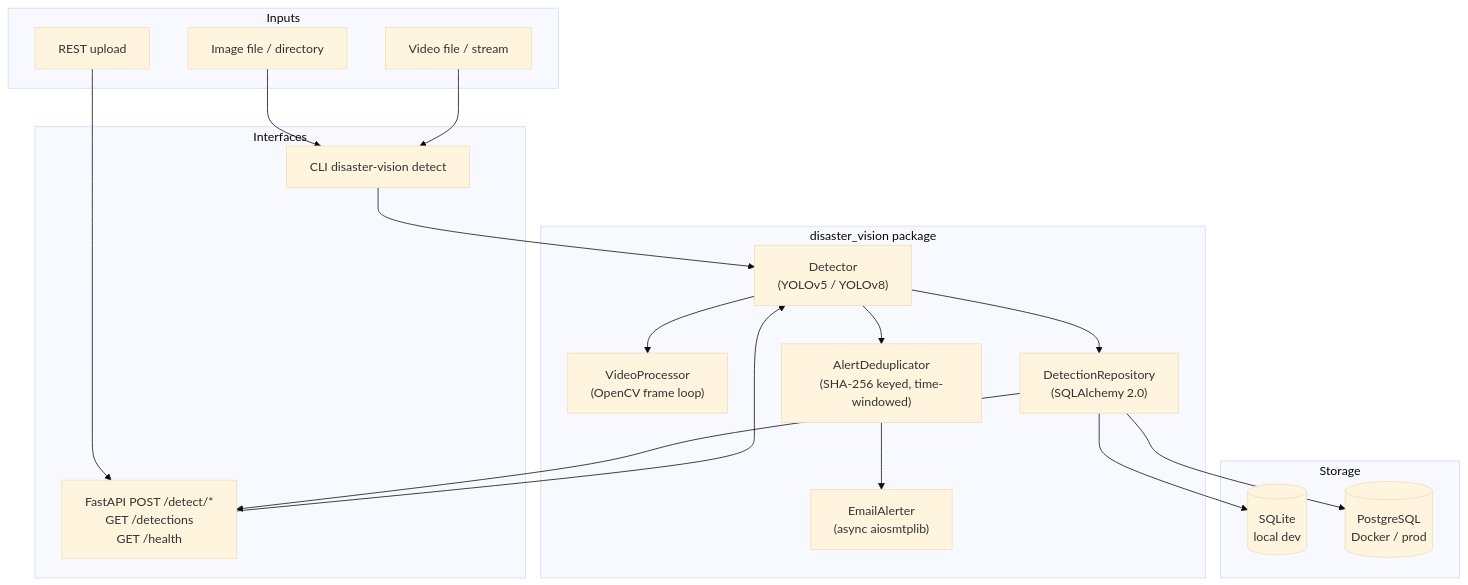
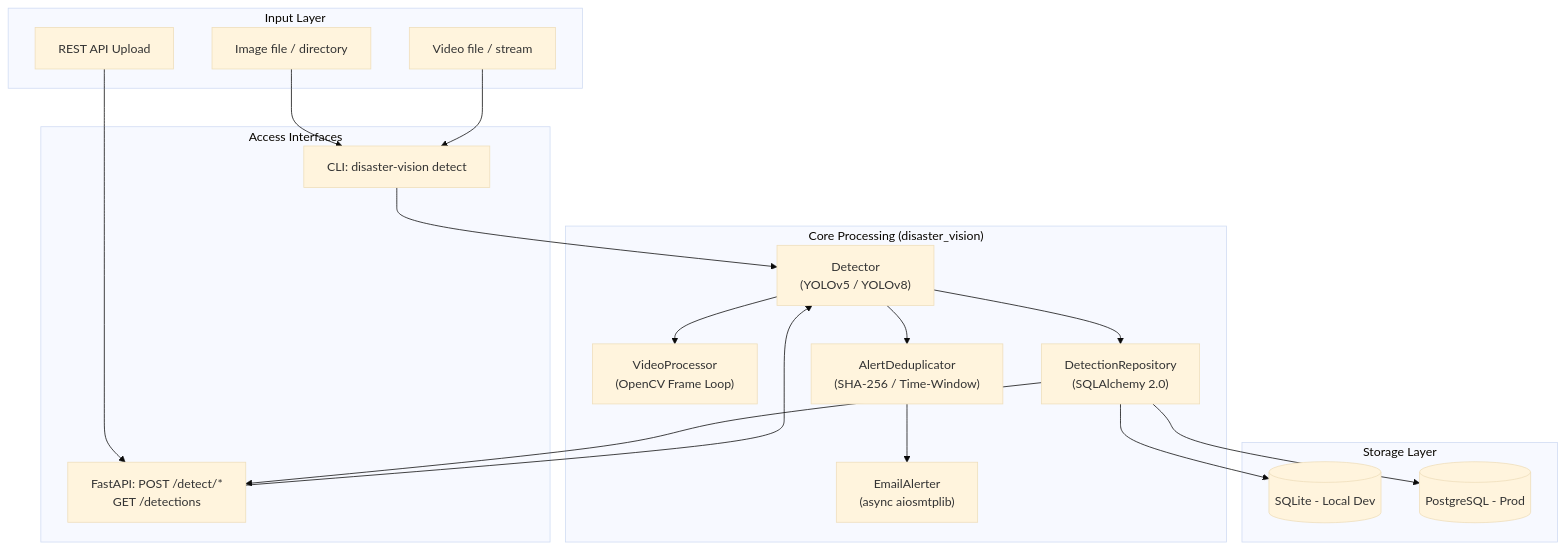
One commit to Lohithaswin/Life-detection-in-Disaster-zones changed the diagram in README.md. Above: the diagram before and after it, drawn with Mermaid (base theme). The commit also changed other lines of this file, not shown here.

````diff
--- a/README.md
+++ b/README.md
@@ -39,35 +55,35 @@
 ```mermaid
 flowchart TD
-    subgraph Inputs
+    subgraph Inputs ["Input Layer"]
         A1[Image file / directory]
         A2[Video file / stream]
-        A3[REST upload]
+        A3[REST API Upload]
     end
 
-    subgraph Core["disaster_vision package"]
+    subgraph Core ["Core Processing (disaster_vision)"]
         B["Detector\n(YOLOv5 / YOLOv8)"]
-        C["VideoProcessor\n(OpenCV frame loop)"]
-        D["AlertDeduplicator\n(SHA-256 keyed, time-windowed)"]
+        C["VideoProcessor\n(OpenCV Frame Loop)"]
+        D["AlertDeduplicator\n(SHA-256 / Time-Window)"]
         E["EmailAlerter\n(async aiosmtplib)"]
         F["DetectionRepository\n(SQLAlchemy 2.0)"]
     end
 
-    subgraph Interfaces
-        G["CLI  disaster-vision detect"]
-        H["FastAPI  POST /detect/*\nGET /detections\nGET /health"]
+    subgraph Interfaces ["Access Interfaces"]
+        G["CLI: disaster-vision detect"]
+        H["FastAPI: POST /detect/*\nGET /detections"]
     end
 
-    subgraph Storage
-        I[(SQLite\nlocal dev)]
-        J[(PostgreSQL\nDocker / prod)]
+    subgraph Storage ["Storage Layer"]
+        I[(SQLite - Local Dev)]
+        J[(PostgreSQL - Prod)]
     end
 
     A1 & A2 --> G --> B
     A3 --> H --> B
     B --> C
     B --> F
     B --> D --> E
     F --> I
     F --> J
     F --> H
 ```
````
